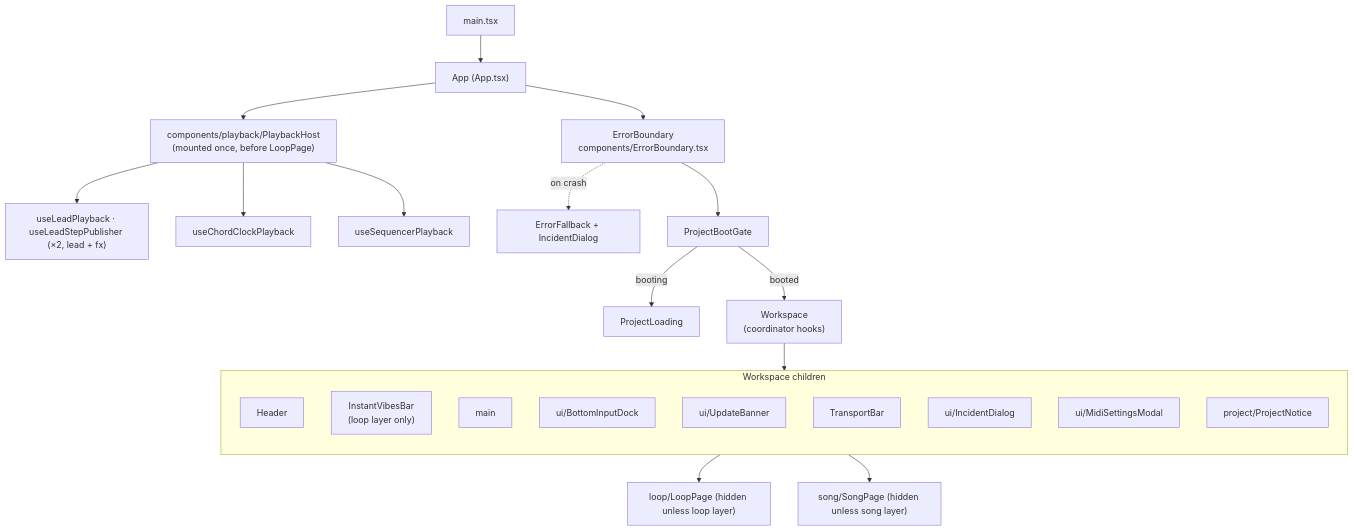
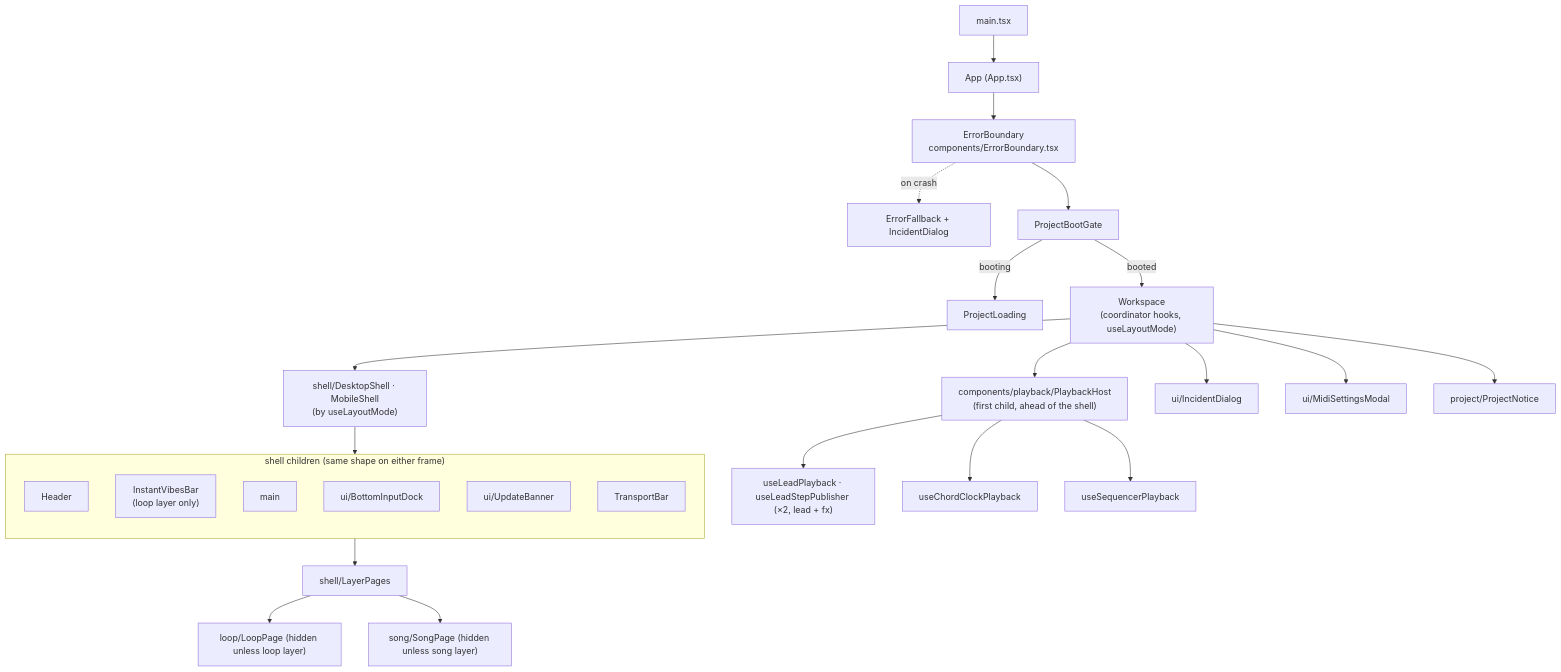
One commit to themiddnight/solna changed the first of 5 diagrams in docs/architecture/structure/01-ui.md. Above: the diagram before and after it, drawn with Mermaid. The commit also changed other lines of this file and 15 other files, not shown here.

Commit message:
docs: ADR-0040 layout shell, rules R315-R317 (DEV-430)

````diff
--- a/docs/architecture/structure/01-ui.md
+++ b/docs/architecture/structure/01-ui.md
@@ -44,28 +48,30 @@
 ```mermaid
 flowchart TB
   main["main.tsx"] --> App["App (App.tsx)"]
-  App --> PB["components/playback/PlaybackHost<br/>(mounted once, before LoopPage)"]
-  PB --> LHook["useLeadPlayback · useLeadStepPublisher (×2, lead + fx)"]
-  PB --> CHook["useChordClockPlayback"]
-  PB --> SHook["useSequencerPlayback"]
   App --> EB["ErrorBoundary<br/>components/ErrorBoundary.tsx"]
   EB -. on crash .-> EF["ErrorFallback + IncidentDialog"]
   EB --> Gate["ProjectBootGate"]
   Gate -- booting --> PL["ProjectLoading"]
-  Gate -- booted --> WS["Workspace<br/>(coordinator hooks)"]
-  subgraph shell["Workspace children"]
+  Gate -- booted --> WS["Workspace<br/>(coordinator hooks, useLayoutMode)"]
+  WS --> PB["components/playback/PlaybackHost<br/>(first child, ahead of the shell)"]
+  PB --> LHook["useLeadPlayback · useLeadStepPublisher (×2, lead + fx)"]
+  PB --> CHook["useChordClockPlayback"]
+  PB --> SHook["useSequencerPlayback"]
+  WS --> Shell["shell/DesktopShell · MobileShell<br/>(by useLayoutMode)"]
+  subgraph shell["shell children (same shape on either frame)"]
     direction TB
     H["Header"]
     V["InstantVibesBar<br/>(loop layer only)"]
     M["main"]
     D["ui/BottomInputDock"]
     U["ui/UpdateBanner"]
     T["TransportBar"]
-    I["ui/IncidentDialog"]
-    MI["ui/MidiSettingsModal"]
-    PN["project/ProjectNotice"]
   end
-  WS --> shell
-  M --> LP["loop/LoopPage (hidden unless loop layer)"]
-  M --> SP["song/SongPage (hidden unless song layer)"]
+  Shell --> shell
+  WS --> I["ui/IncidentDialog"]
+  WS --> MI["ui/MidiSettingsModal"]
+  WS --> PN["project/ProjectNotice"]
+  M --> LP["shell/LayerPages"]
+  LP --> LPage["loop/LoopPage (hidden unless loop layer)"]
+  LP --> SP["song/SongPage (hidden unless song layer)"]
 ```
````
